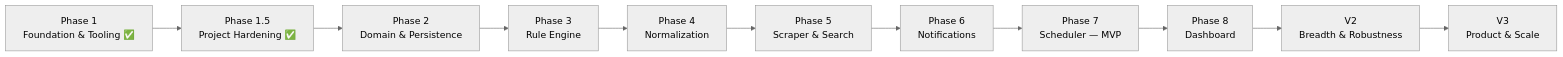
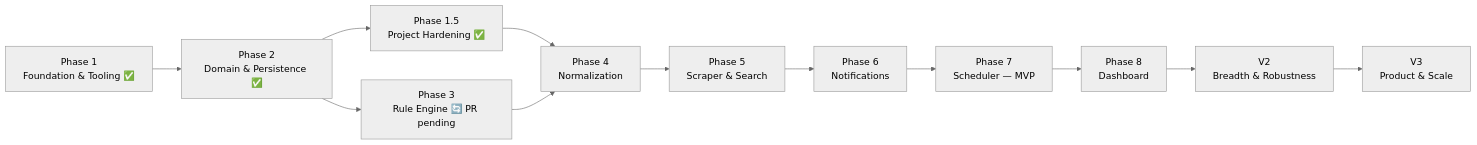
Before and after one commit to alopezmoreira1989/real_estate_tracker: the second of 2 diagrams in README.md, drawn with Mermaid (neutral theme). The commit also changed other lines of this file and 2 other files, not shown here.

First line of the commit message:
docs(arch): correct Phase 1.5 status after rebasing onto Phase 2/3 work

````diff
--- a/README.md
+++ b/README.md
@@ -232,13 +239,14 @@
 ```mermaid
 flowchart LR
-    P1["Phase 1\nFoundation & Tooling ✅"] --> P15["Phase 1.5\nProject Hardening ✅"]
-    P15 --> P2["Phase 2\nDomain & Persistence"]
-    P2 --> P3["Phase 3\nRule Engine"]
+    P1["Phase 1\nFoundation & Tooling ✅"] --> P2["Phase 2\nDomain & Persistence ✅"]
+    P2 --> P15["Phase 1.5\nProject Hardening ✅"]
+    P2 --> P3["Phase 3\nRule Engine 🔄 PR pending"]
+    P15 --> P4
     P3 --> P4["Phase 4\nNormalization"]
     P4 --> P5["Phase 5\nScraper & Search"]
     P5 --> P6["Phase 6\nNotifications"]
     P6 --> P7["Phase 7\nScheduler — MVP"]
     P7 --> P8["Phase 8\nDashboard"]
     P8 --> V2["V2\nBreadth & Robustness"]
     V2 --> V3["V3\nProduct & Scale"]
 ```
````
